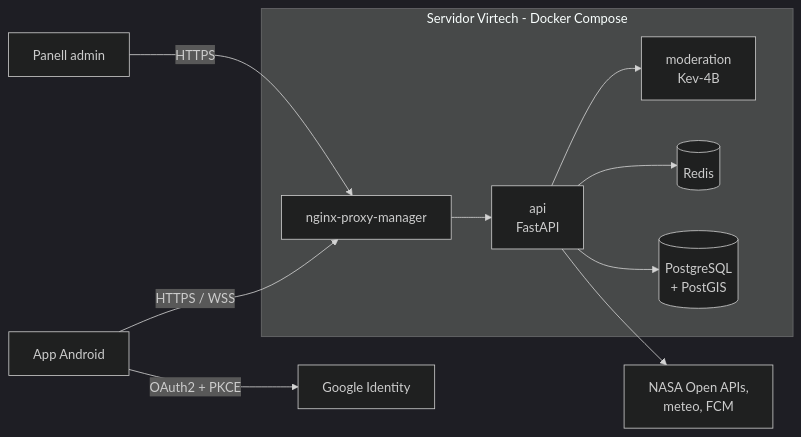
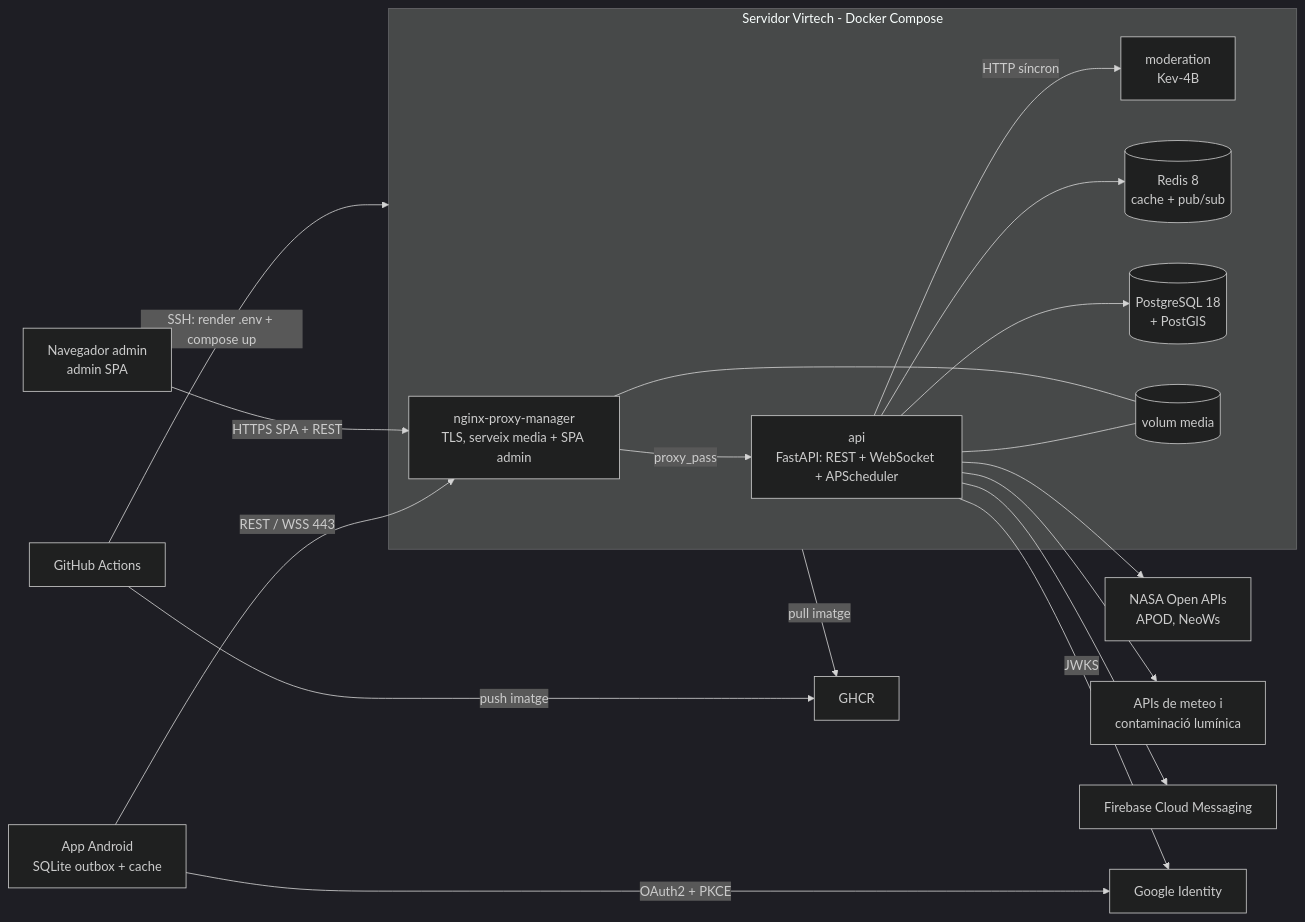
Before and after one commit to pes2627q1-21-gei-upc/perseida: the diagram in README.ca.md, drawn with Mermaid (dark theme). The commit also changed other lines of this file and 3 other files, not shown here.

````diff
--- a/README.ca.md
+++ b/README.ca.md
@@ -33,18 +37,27 @@
 ```mermaid
 flowchart LR
-    PHONE[App Android] -- HTTPS / WSS --> NPM
-    ADMIN[Panell admin] -- HTTPS --> NPM
+    PHONE[App Android<br/>SQLite outbox + cache] -- REST / WSS 443 --> NPM
+    ADMIN[Navegador admin<br/>admin SPA] -- HTTPS SPA + REST --> NPM
     subgraph VIRTECH[Servidor Virtech - Docker Compose]
-        NPM[nginx-proxy-manager]
-        API[api<br/>FastAPI]
+        NPM[nginx-proxy-manager<br/>TLS, serveix media + SPA admin]
+        API[api<br/>FastAPI: REST + WebSocket + APScheduler]
         MOD[moderation<br/>Kev-4B]
-        REDIS[(Redis)]
-        PG[(PostgreSQL<br/>+ PostGIS)]
-        NPM --> API
-        API --> MOD
+        REDIS[(Redis 8<br/>cache + pub/sub)]
+        PG[(PostgreSQL 18<br/>+ PostGIS)]
+        VOL[(volum media)]
+        NPM -- proxy_pass --> API
+        API -- HTTP síncron --> MOD
         API --> REDIS
         API --> PG
+        API --- VOL
+        NPM --- VOL
     end
-    API --> EXT[NASA Open APIs,<br/>meteo, FCM]
+    API --> NASA[NASA Open APIs<br/>APOD, NeoWs]
+    API --> OTHER[APIs de meteo i<br/>contaminació lumínica]
+    API --> FCM[Firebase Cloud Messaging]
     PHONE -- OAuth2 + PKCE --> GOOGLE[Google Identity]
+    API -- JWKS --> GOOGLE
+    GHA[GitHub Actions] -- push imatge --> GHCR[GHCR]
+    GHA -- SSH: render .env + compose up --> VIRTECH
+    VIRTECH -- pull imatge --> GHCR
 ```
````
